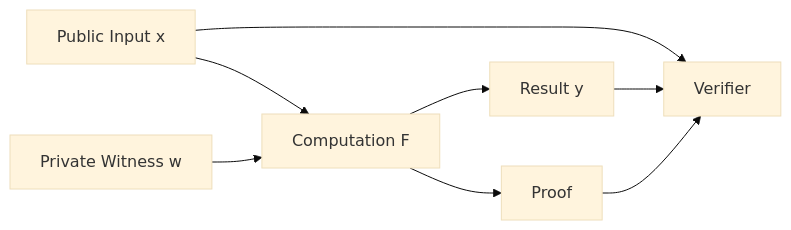
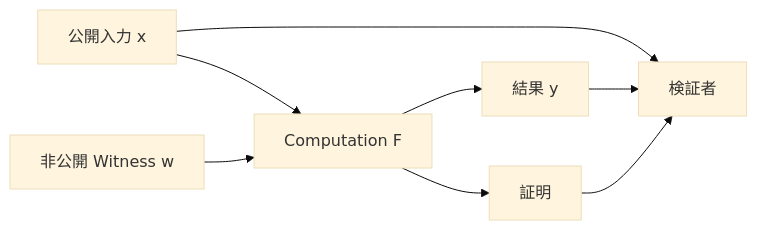
One commit to ShigeichiroYamasaki/creator-first-platform changed the tenth of 43 diagrams in docs/whitepaper/09-technology.md. Above: the diagram before and after it, drawn with Mermaid (base theme). The commit also changed other lines of this file and 72 other files, not shown here.

````diff
--- a/docs/whitepaper/09-technology.md
+++ b/docs/whitepaper/09-technology.md
@@ -426,17 +426,17 @@
 ```mermaid
 flowchart LR
-    X[Public Input x]
-    W[Private Witness w]
+    X[公開入力 x]
+    W[非公開 Witness w]
     F[Computation F]
-    Y[Result y]
-    P[Proof]
+    Y[結果 y]
+    P[証明]
 
     X --> F
     W --> F
     F --> Y
     F --> P
 
-    X --> V[Verifier]
+    X --> V[検証者]
     Y --> V
     P --> V
 ```
````
